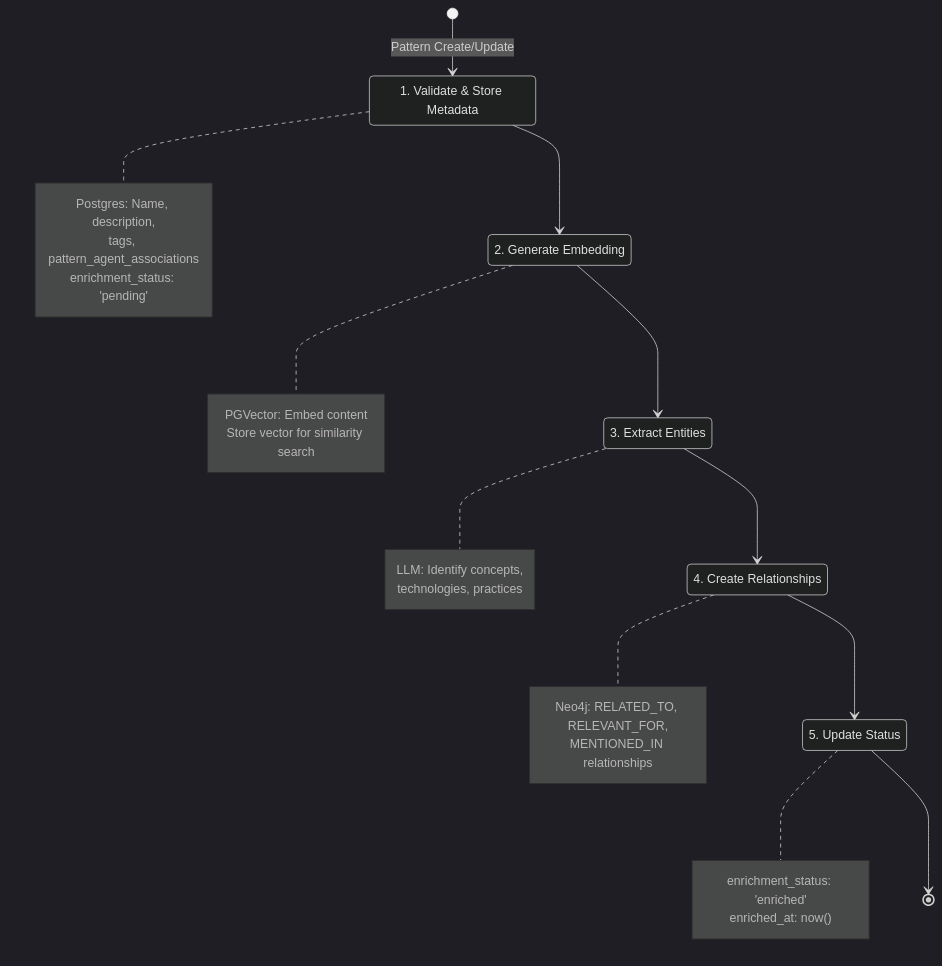
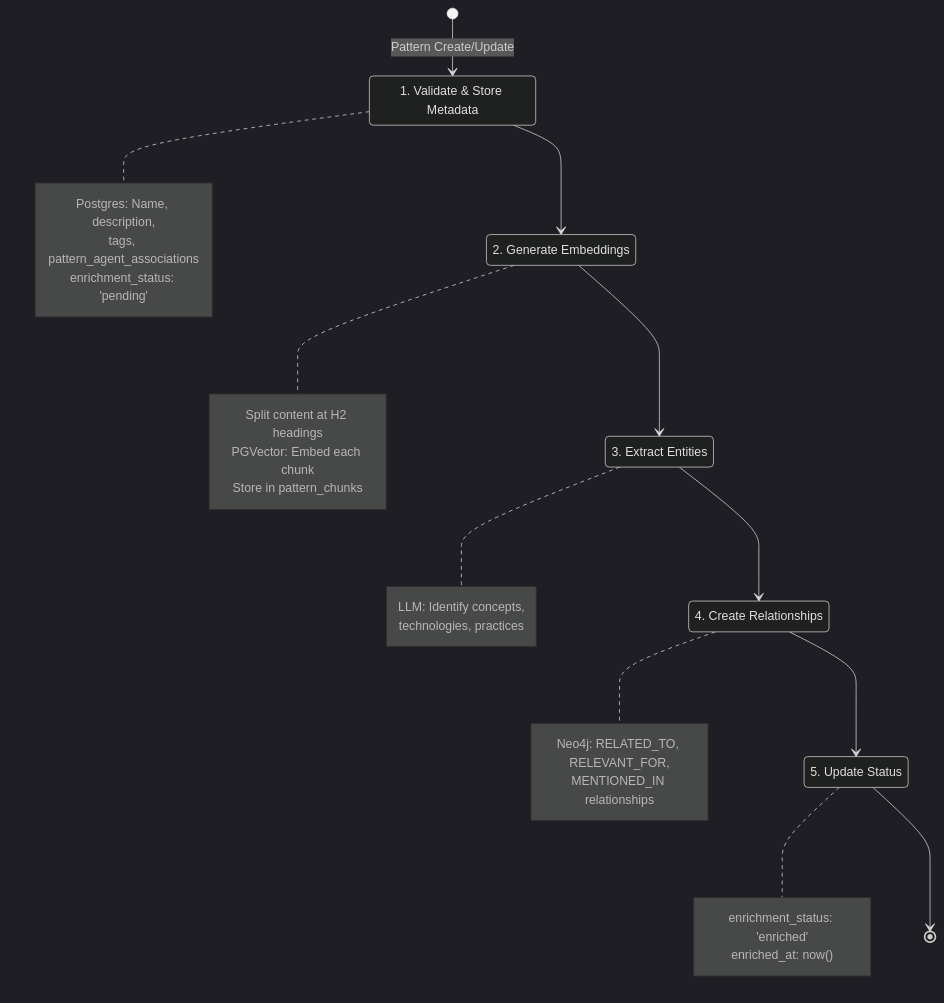
The second of 6 diagrams in docs/design/pattern-processing.md (twistingmercury/mnemonic-mcp), drawn with Mermaid (dark theme) before and after one commit. The commit also changed other lines of this file and 45 other files, not shown here.

````diff
--- a/docs/design/pattern-processing.md
+++ b/docs/design/pattern-processing.md
@@ -103,45 +109,46 @@
 ```mermaid
 stateDiagram-v2
     [*] --> ValidateAndStore: Pattern Create/Update
 
     state "1. Validate & Store Metadata" as ValidateAndStore
     note right of ValidateAndStore
         Postgres: Name, description,
         tags, pattern_agent_associations
         enrichment_status: 'pending'
     end note
 
     ValidateAndStore --> GenerateEmbedding
 
-    state "2. Generate Embedding" as GenerateEmbedding
+    state "2. Generate Embeddings" as GenerateEmbedding
     note right of GenerateEmbedding
-        PGVector: Embed content
-        Store vector for similarity search
+        Split content at H2 headings
+        PGVector: Embed each chunk
+        Store in pattern_chunks
     end note
 
     GenerateEmbedding --> ExtractEntities
 
     state "3. Extract Entities" as ExtractEntities
     note right of ExtractEntities
         LLM: Identify concepts,
         technologies, practices
     end note
 
     ExtractEntities --> CreateRelationships
 
     state "4. Create Relationships" as CreateRelationships
     note right of CreateRelationships
         Neo4j: RELATED_TO, RELEVANT_FOR,
         MENTIONED_IN relationships
     end note
 
     CreateRelationships --> UpdateStatus
 
     state "5. Update Status" as UpdateStatus
     note right of UpdateStatus
         enrichment_status: 'enriched'
         enriched_at: now()
     end note
 
     UpdateStatus --> [*]
 ```
````
